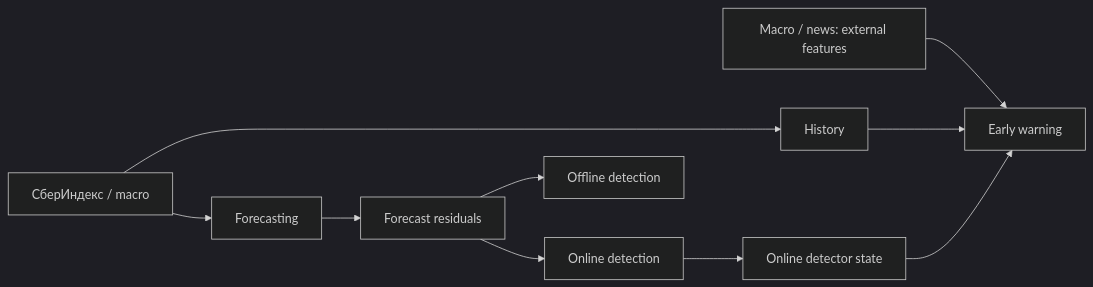
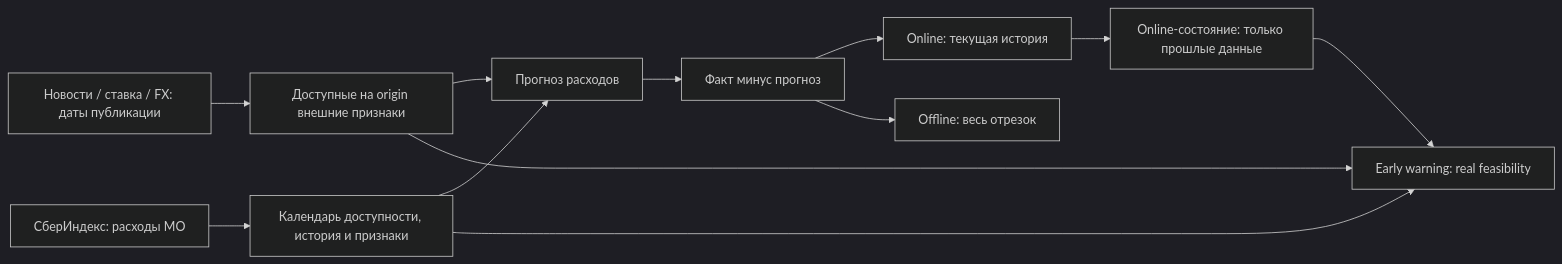
The diagram in reports/final/presentation/presentation.md (MarselMiller/sberindex-municipal-forecasting), drawn with Mermaid (dark theme) before and after one commit. The commit also changed other lines of this file and 17 other files, not shown here.

````diff
--- a/reports/final/presentation/presentation.md
+++ b/reports/final/presentation/presentation.md
@@ -35,12 +35,14 @@
 ```mermaid
 flowchart LR
-    A["СберИндекс / macro"] --> F["Forecasting"]
-    F --> R["Forecast residuals"]
-    R --> O["Online detection"]
-    R --> D["Offline detection"]
-    A --> H["History"]
-    O --> S["Online detector state"]
-    X["Macro / news: external features"] --> W["Early warning"]
-    H --> W
+    A["СберИндекс: расходы МО"] --> C["Календарь доступности, история и признаки"]
+    C --> F["Прогноз расходов"]
+    F --> R["Факт минус прогноз"]
+    R --> O["Online: текущая история"]
+    R --> D["Offline: весь отрезок"]
+    X["Новости / ставка / FX: даты публикации"] --> V["Доступные на origin внешние признаки"]
+    V --> F
+    V --> W["Early warning: real feasibility"]
+    C --> W
+    O --> S["Online-состояние: только прошлые данные"]
     S --> W
 ```
````
